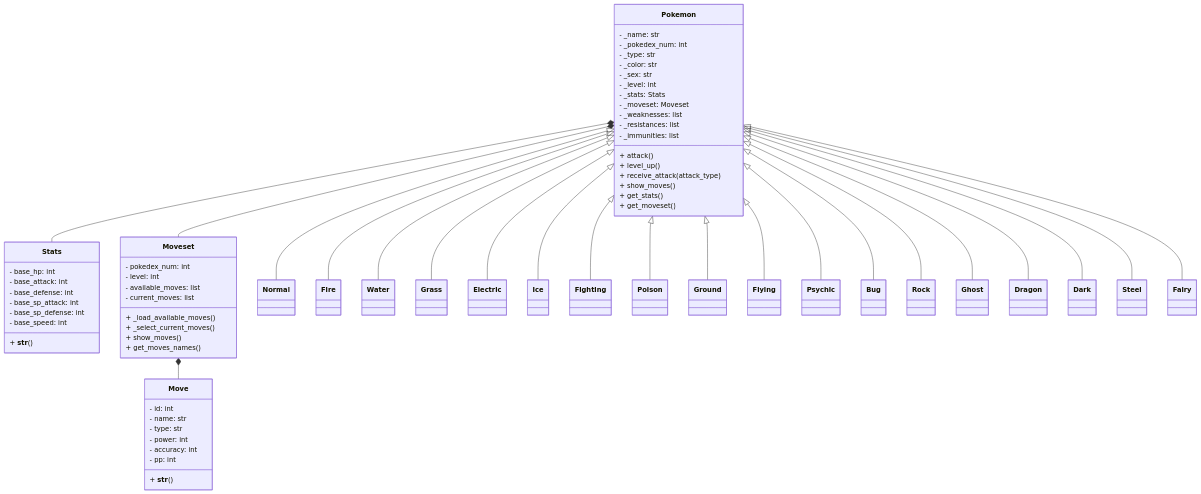
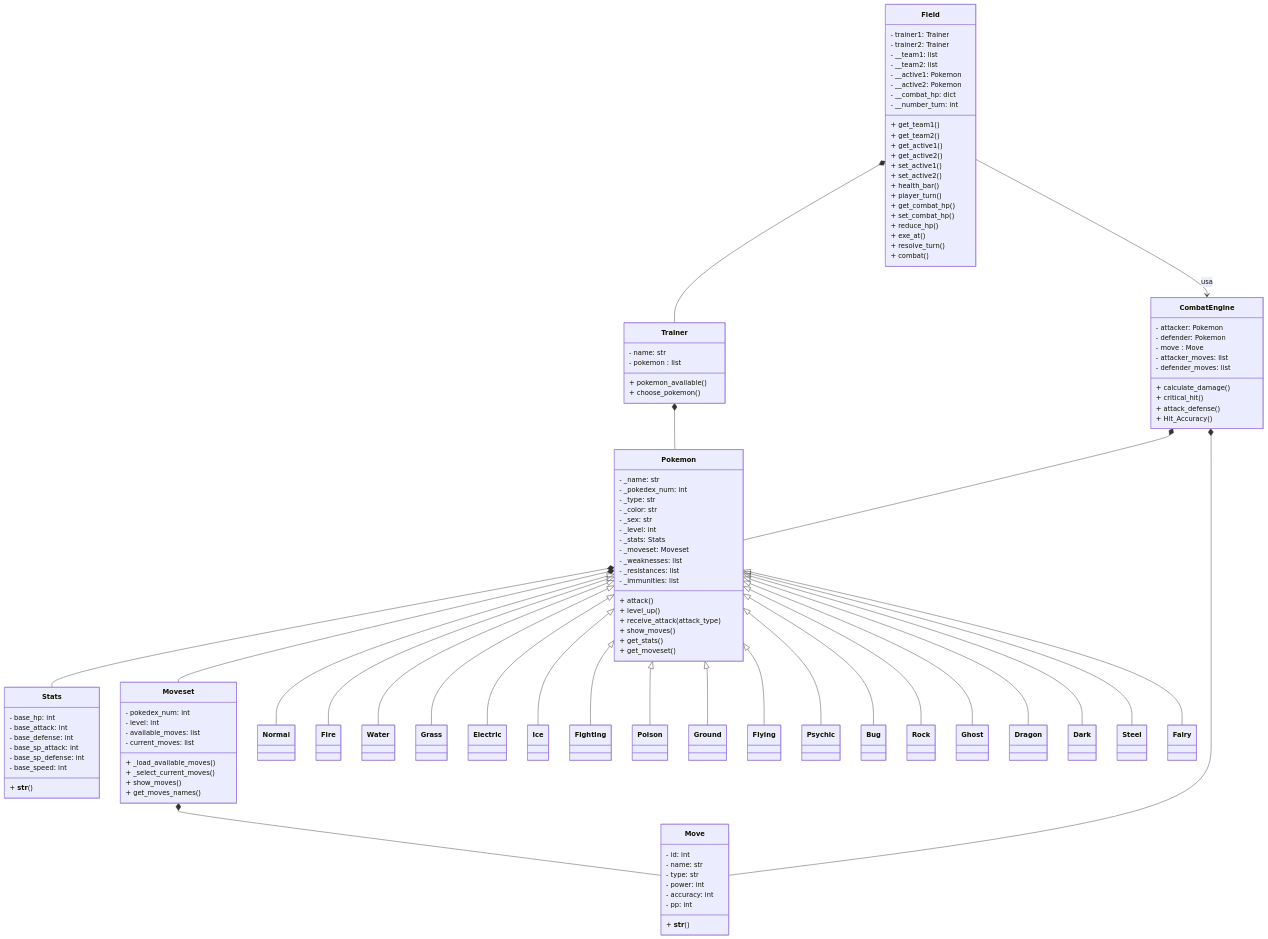
Before and after one commit to felipeg17/poke-repo: the diagram in README.md, drawn with Mermaid.

Commit message:
Document new classes and methods in README
Added classes for Field, CombatEngine, and Trainer with methods.

```diff
--- a/README.md
+++ b/README.md
@@ -82,6 +82,50 @@
     + __str__()
 }
 
+class Field {
+    - trainer1: Trainer
+    - trainer2: Trainer
+    - __team1: list
+    - __team2: list
+    - __active1: Pokemon
+    - __active2: Pokemon
+    - __combat_hp: dict
+    - __number_turn: int
+    + get_team1()
+    + get_team2()
+    + get_active1()
+    + get_active2()
+    + set_active1()
+    + set_active2()
+    + health_bar()
+    + player_turn()
+    + get_combat_hp()
+    + set_combat_hp()
+    + reduce_hp()
+    + exe_at()
+    + resolve_turn()
+    + combat()
+}
+
+class CombatEngine {
+    - attacker: Pokemon
+    - defender: Pokemon
+    - move : Move
+    - attacker_moves: list
+    - defender_moves: list
+    + calculate_damage()
+    + critical_hit()
+    + attack_defense()
+    + Hit_Accuracy()
+}
+
+class Trainer {
+    - name: str
+    - pokemon : list
+    + pokemon_available()
+    + choose_pokemon()
+}
+
 class Normal {}
 class Fire {}
 class Water {}
@@ -105,6 +149,12 @@
 Pokemon *-- Moveset
 Moveset *-- Move
 
+Field *-- Trainer
+Trainer *-- Pokemon
+Field --> CombatEngine: usa
+CombatEngine *-- Pokemon
+CombatEngine *-- Move
+
 Pokemon <|-- Normal
 Pokemon <|-- Fire
 Pokemon <|-- Water
```
